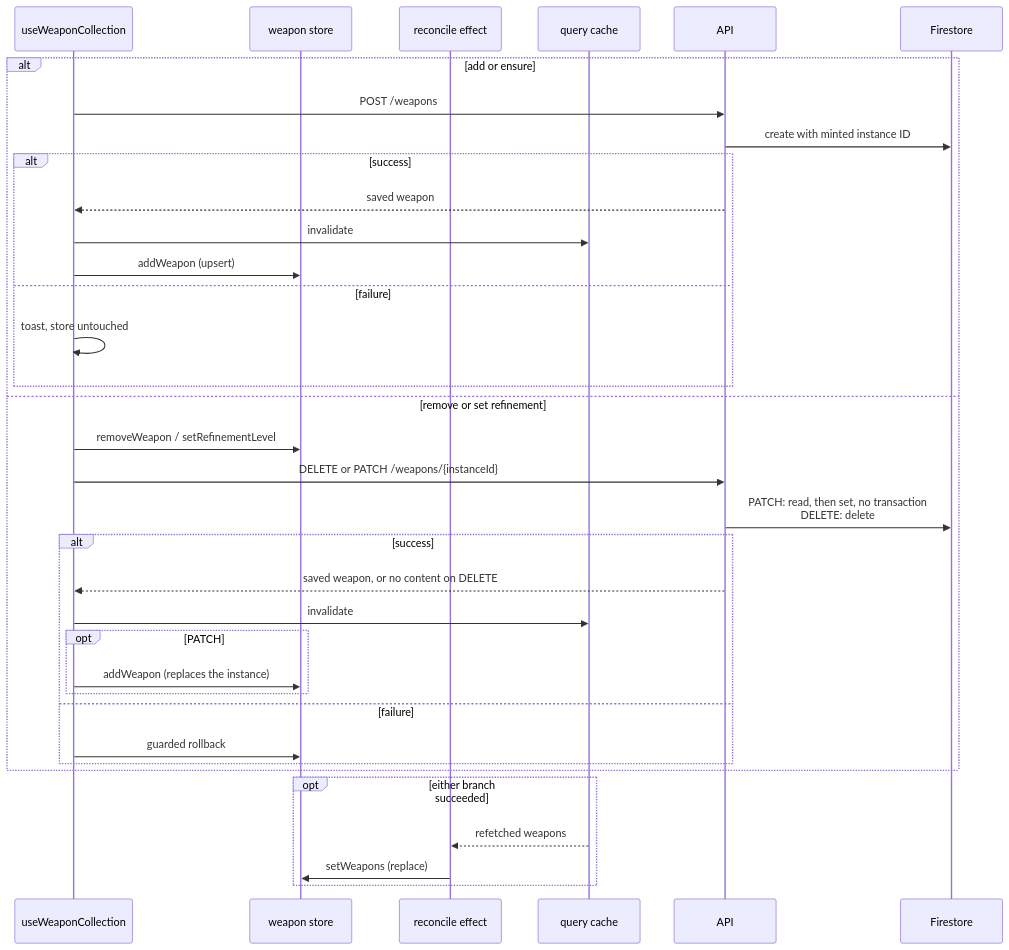
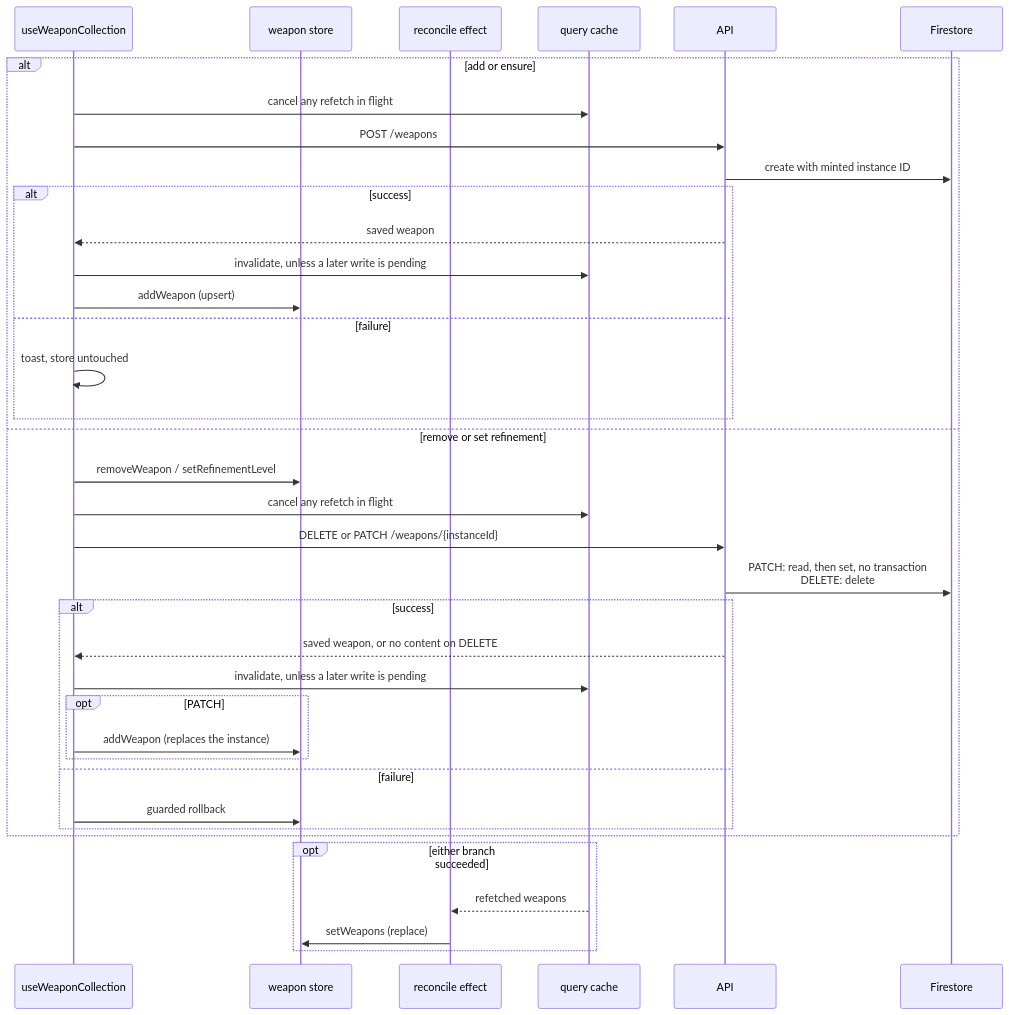
One commit to dungeon-studio/genshin.dungeon.studio changed the second of 4 diagrams in docs/reference/data-flow-write-paths.md. Above: the diagram before and after it, drawn with Mermaid. The commit also changed other lines of this file and 1 other file, not shown here.

First line of the commit message:
docs: describe the refetch rule every mutation follows

````diff
--- a/docs/reference/data-flow-write-paths.md
+++ b/docs/reference/data-flow-write-paths.md
@@ -84,38 +92,40 @@
 ```mermaid
 sequenceDiagram
   participant Hook as useWeaponCollection
   participant Store as weapon store
   participant Reconcile as reconcile effect
   participant Cache as query cache
   participant API as API
   participant FS as Firestore
 
   alt add or ensure
+    Hook->>Cache: cancel any refetch in flight
     Hook->>API: POST /weapons
     API->>FS: create with minted instance ID
     alt success
       API-->>Hook: saved weapon
-      Hook->>Cache: invalidate
+      Hook->>Cache: invalidate, unless a later write is pending
       Hook->>Store: addWeapon (upsert)
     else failure
       Hook->>Hook: toast, store untouched
     end
   else remove or set refinement
     Hook->>Store: removeWeapon / setRefinementLevel
+    Hook->>Cache: cancel any refetch in flight
     Hook->>API: DELETE or PATCH /weapons/{instanceId}
     API->>FS: PATCH: read, then set, no transaction<br>DELETE: delete
     alt success
       API-->>Hook: saved weapon, or no content on DELETE
-      Hook->>Cache: invalidate
+      Hook->>Cache: invalidate, unless a later write is pending
       opt PATCH
         Hook->>Store: addWeapon (replaces the instance)
       end
     else failure
       Hook->>Store: guarded rollback
     end
   end
   opt either branch succeeded
     Cache-->>Reconcile: refetched weapons
     Reconcile->>Store: setWeapons (replace)
   end
 ```
````
